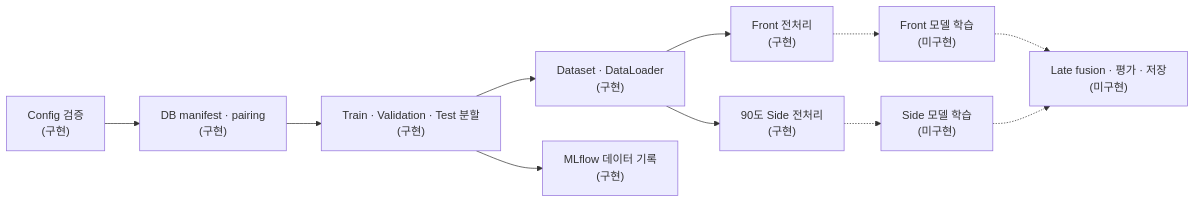
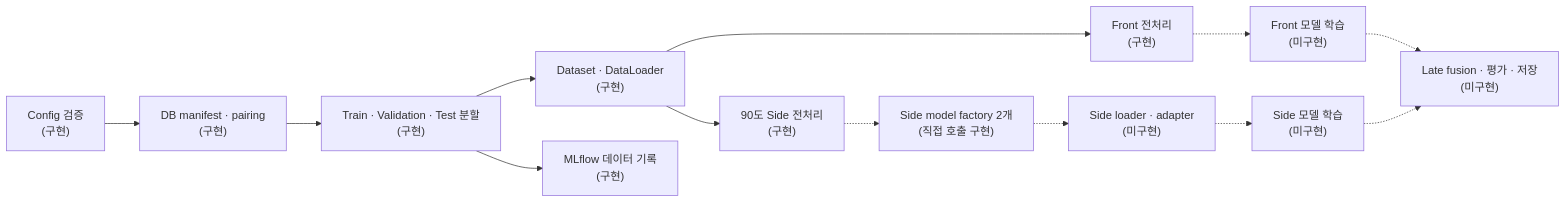
Before and after one commit to ggulNote/eye-tracking-ml: the diagram in README.md, drawn with Mermaid. The commit also changed other lines of this file and 1 other file, not shown here.

Commit message:
docs: document side encoder models

````diff
--- a/README.md
+++ b/README.md
@@ -9,13 +9,15 @@
 ```mermaid
 flowchart LR
     C["Config 검증<br/>(구현)"] --> M["DB manifest · pairing<br/>(구현)"]
     M --> S["Train · Validation · Test 분할<br/>(구현)"]
     S --> D["Dataset · DataLoader<br/>(구현)"]
     S --> R["MLflow 데이터 기록<br/>(구현)"]
     D --> F["Front 전처리<br/>(구현)"]
     D --> P["90도 Side 전처리<br/>(구현)"]
     F -.-> FT["Front 모델 학습<br/>(미구현)"]
-    P -.-> ST["Side 모델 학습<br/>(미구현)"]
+    P -.-> SF["Side model factory 2개<br/>(직접 호출 구현)"]
+    SF -.-> SA["Side loader · adapter<br/>(미구현)"]
+    SA -.-> ST["Side 모델 학습<br/>(미구현)"]
     FT -.-> L["Late fusion · 평가 · 저장<br/>(미구현)"]
     ST -.-> L
 ```
````
